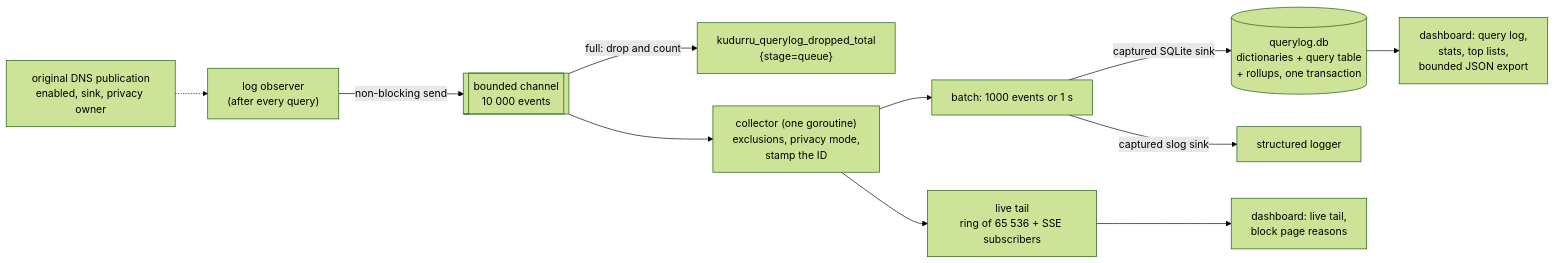
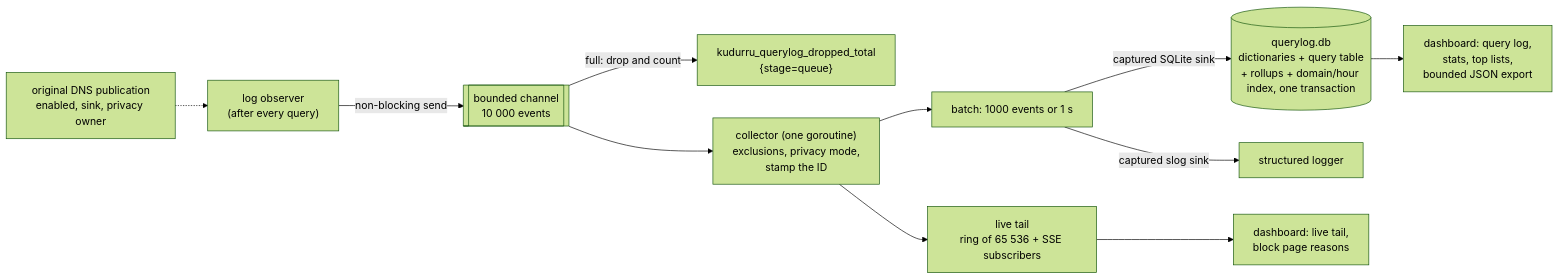
Before and after one commit to robertherbaugh/kudurru: the first of 4 diagrams in docs/architecture/observability.md, drawn with Mermaid (forest theme). The commit also changed other lines of this file and 7 other files, not shown here.

Commit message:
docs(querylog): record exact current-hour index acceptance

````diff
--- a/docs/architecture/observability.md
+++ b/docs/architecture/observability.md
@@ -93,13 +93,13 @@
 ```mermaid
 flowchart LR
     OBS["log observer<br/>(after every query)"] -->|"non-blocking send"| CH[["bounded channel<br/>10 000 events"]]
     CH -->|"full: drop and count"| DROP["kudurru_querylog_dropped_total<br/>{stage=queue}"]
     CH --> COL["collector (one goroutine)<br/>exclusions, privacy mode,<br/>stamp the ID"]
     COL --> TAIL["live tail<br/>ring of 65 536 + SSE subscribers"]
     COL --> BATCH["batch: 1000 events or 1 s"]
     PUB["original DNS publication<br/>enabled, sink, privacy owner"] -.-> OBS
-    BATCH -->|"captured SQLite sink"| DB[("querylog.db<br/>dictionaries + query table<br/>+ rollups, one transaction")]
+    BATCH -->|"captured SQLite sink"| DB[("querylog.db<br/>dictionaries + query table<br/>+ rollups + domain/hour index, one transaction")]
     BATCH -->|"captured slog sink"| SLOG["structured logger"]
     TAIL --> API["dashboard: live tail,<br/>block page reasons"]
     DB --> API2["dashboard: query log,<br/>stats, top lists,<br/>bounded JSON export"]
 ```
````
